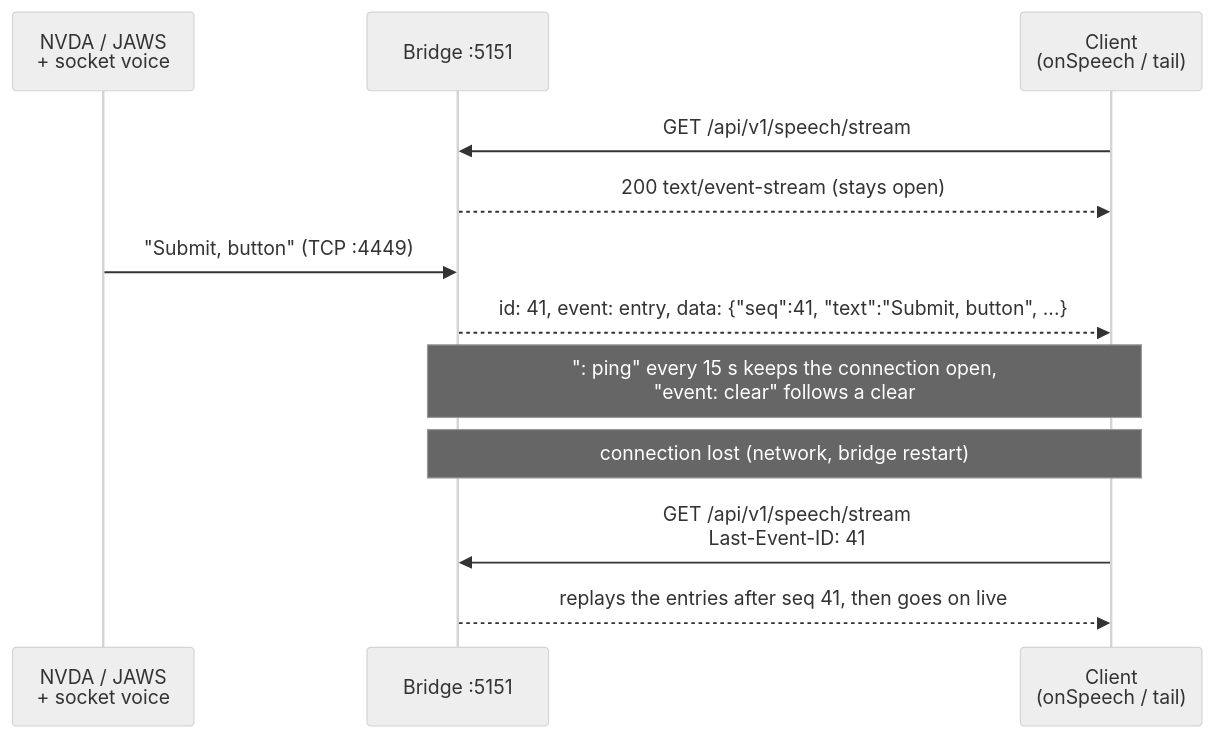
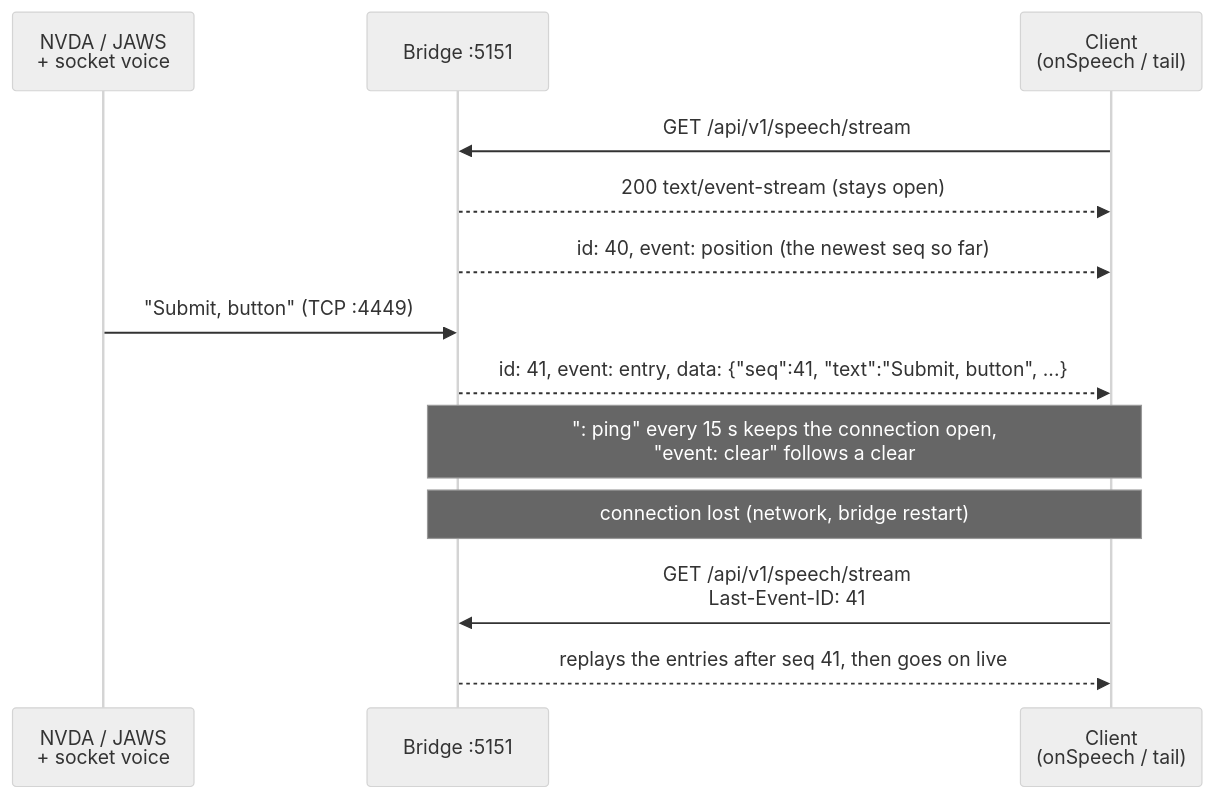
The first of 9 diagrams in docs/usage/flows/sse.md (TimoSto/screenreader-speech-capture), drawn with Mermaid (neutral theme) before and after one commit. The commit also changed other lines of this file and 23 other files, not shown here.

````diff
--- a/docs/usage/flows/sse.md
+++ b/docs/usage/flows/sse.md
@@ -22,15 +24,16 @@
 ```mermaid
 sequenceDiagram
     participant SR as NVDA / JAWS<br/>+ socket voice
     participant B as Bridge :5151
     participant C as Client<br/>(onSpeech / tail)
 
     C->>B: GET /api/v1/speech/stream
     B-->>C: 200 text/event-stream (stays open)
+    B-->>C: id: 40, event: position (the newest seq so far)
     SR->>B: "Submit, button" (TCP :4449)
     B-->>C: id: 41, event: entry, data: {"seq":41, "text":"Submit, button", ...}
     Note over B,C: ": ping" every 15 s keeps the connection open,<br/>"event: clear" follows a clear
     Note over B,C: connection lost (network, bridge restart)
     C->>B: GET /api/v1/speech/stream<br/>Last-Event-ID: 41
     B-->>C: replays the entries after seq 41, then goes on live
 ```
````
